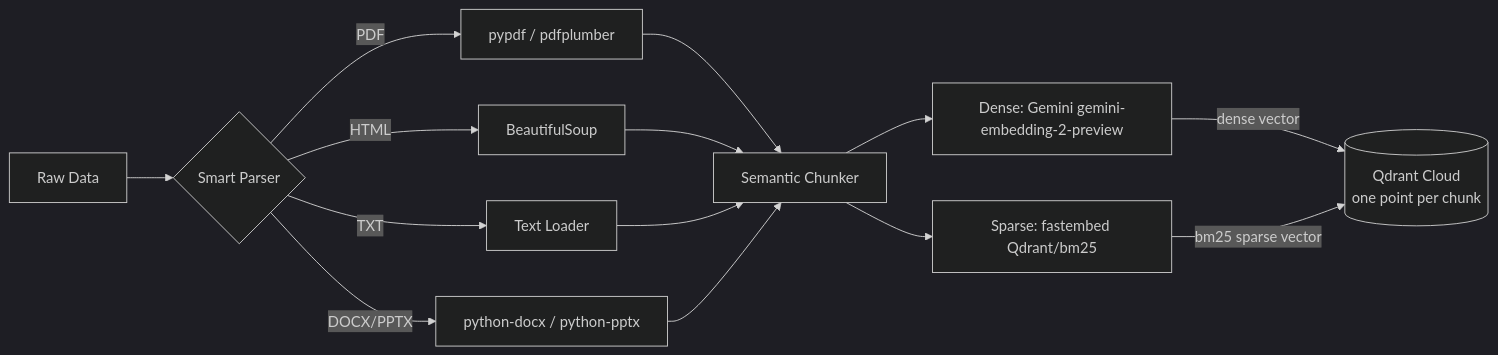
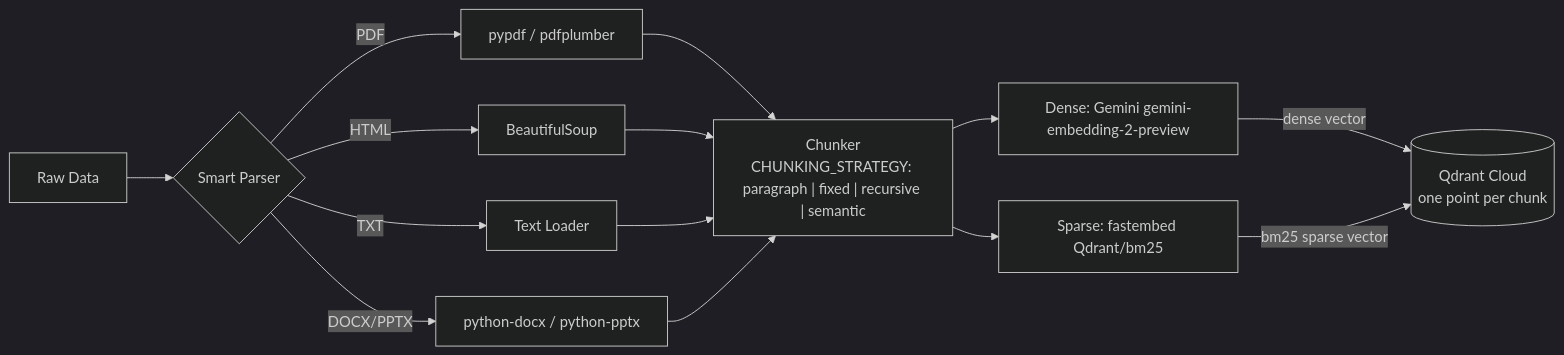
One commit to anilgehlotn/enterprise-agentic-rag changed the diagram in DOCS/02_INGESTION_ENGINE.md. Above: the diagram before and after it, drawn with Mermaid (dark theme). The commit also changed other lines of this file and 23 other files, not shown here.

First line of the commit message:
feat(ingestion): add fixed, recursive and semantic chunking with a chunking experiment

````diff
--- a/DOCS/02_INGESTION_ENGINE.md
+++ b/DOCS/02_INGESTION_ENGINE.md
@@ -6,16 +6,16 @@
 ```mermaid
 graph LR
     Raw[Raw Data] --> Parser{Smart Parser}
     Parser -->|PDF| Local[pypdf / pdfplumber]
     Parser -->|HTML| BS4[BeautifulSoup]
     Parser -->|TXT| Simple[Text Loader]
     Parser -->|DOCX/PPTX| Office[python-docx / python-pptx]
-    Local --> Chunker[Semantic Chunker]
+    Local --> Chunker["Chunker<br/>CHUNKING_STRATEGY: paragraph | fixed | recursive | semantic"]
     BS4 --> Chunker
     Simple --> Chunker
     Office --> Chunker
     Chunker --> Embedder[Dense: Gemini gemini-embedding-2-preview]
     Chunker --> Sparse[Sparse: fastembed Qdrant/bm25]
     Embedder -->|"dense" vector| VectorDB[(Qdrant Cloud<br/>one point per chunk)]
     Sparse -->|"bm25" sparse vector| VectorDB
 ```
````
